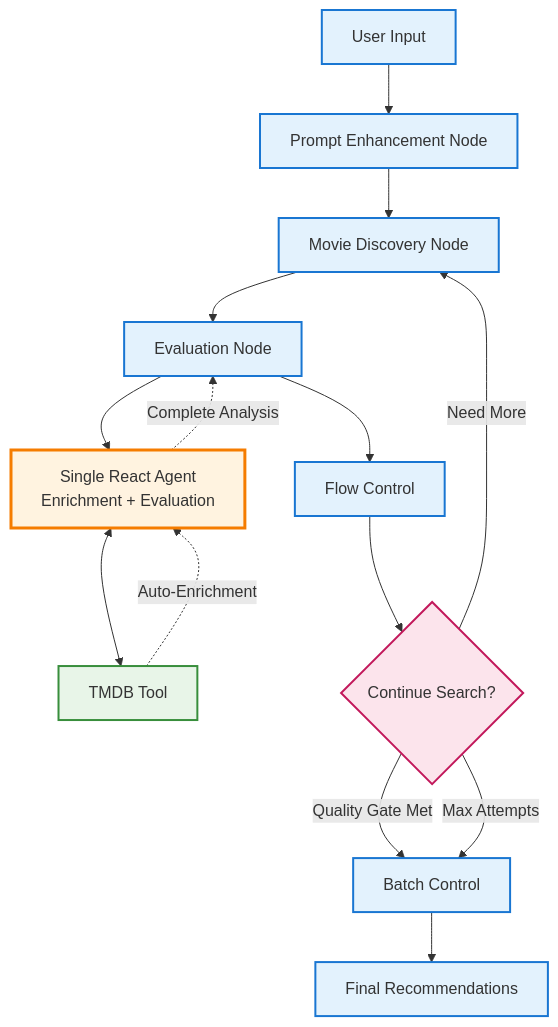
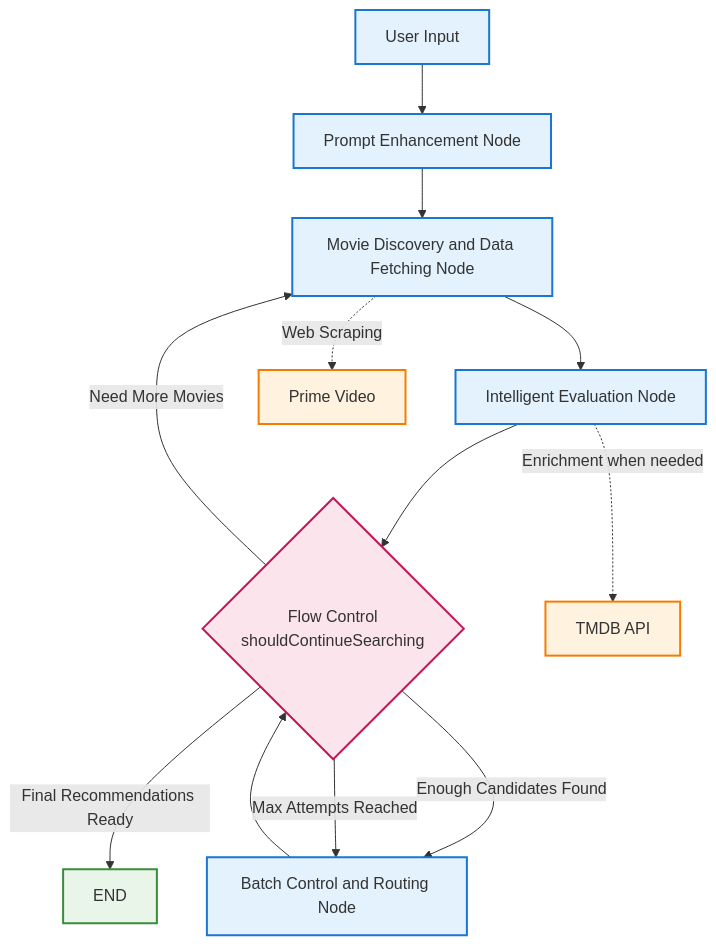
One commit to ciberado/agentic-videoclub changed the diagram in packages/agentic/DESIGN.md. Above: the diagram before and after it, drawn with Mermaid. The commit also changed 1 other file, not shown here.

Commit message:
feat: add batch control node for workflow orchestration
Add batch-control.ts node to handle batch processing operations
in the agentic workflow system.

````diff
--- a/packages/agentic/DESIGN.md
+++ b/packages/agentic/DESIGN.md
@@ -30,32 +30,31 @@
 ```mermaid
 graph TD
     A[User Input] --> B[Prompt Enhancement Node]
-    B --> C[Movie Discovery Node]
-    C --> D[Evaluation Node]
-    D --> E[Flow Control]
+    B --> C[Movie Discovery and Data Fetching Node]
+    C --> D[Intelligent Evaluation Node]
+    D --> E{Flow Control<br/>shouldContinueSearching}
 
-    %% Single React Agent handles both enrichment and evaluation
-    D --> RA[Single React Agent<br/>Enrichment + Evaluation]
-    RA <--> T[TMDB Tool]
-    T -.->|Auto-Enrichment| RA
-    RA -.->|Complete Analysis| D
+    %% Flow Control Decision Logic
+    E -->|Final Recommendations Ready| H[END]
+    E -->|Enough Candidates Found| G[Batch Control and Routing Node]
+    E -->|Need More Movies| C
+    E -->|Max Attempts Reached| G
 
-    %% Flow Control Logic
-    E --> F{Continue Search?}
-    F -->|Need More| C
-    F -->|Quality Gate Met| G[Batch Control]
-    F -->|Max Attempts| G
+    %% Batch Control routes back to Flow Control
+    G --> E
 
-    G --> H[Final Recommendations]
+    %% Data Sources
+    C -.->|Web Scraping| PV[Prime Video]
+    D -.->|Enrichment when needed| T[TMDB API]
 
     %% Styling
     classDef node fill:#e3f2fd,stroke:#1976d2,stroke-width:2px
-    classDef unified fill:#fff3e0,stroke:#f57c00,stroke-width:3px
-    classDef tool fill:#e8f5e8,stroke:#388e3c,stroke-width:2px
     classDef decision fill:#fce4ec,stroke:#c2185b,stroke-width:2px
+    classDef endpoint fill:#e8f5e8,stroke:#388e3c,stroke-width:2px
+    classDef external fill:#fff3e0,stroke:#f57c00,stroke-width:2px
 
     class B,C,D,G node
-    class RA unified
-    class T tool
-    class F decision
+    class E decision
+    class H endpoint
+    class PV,T external
 ```
````
